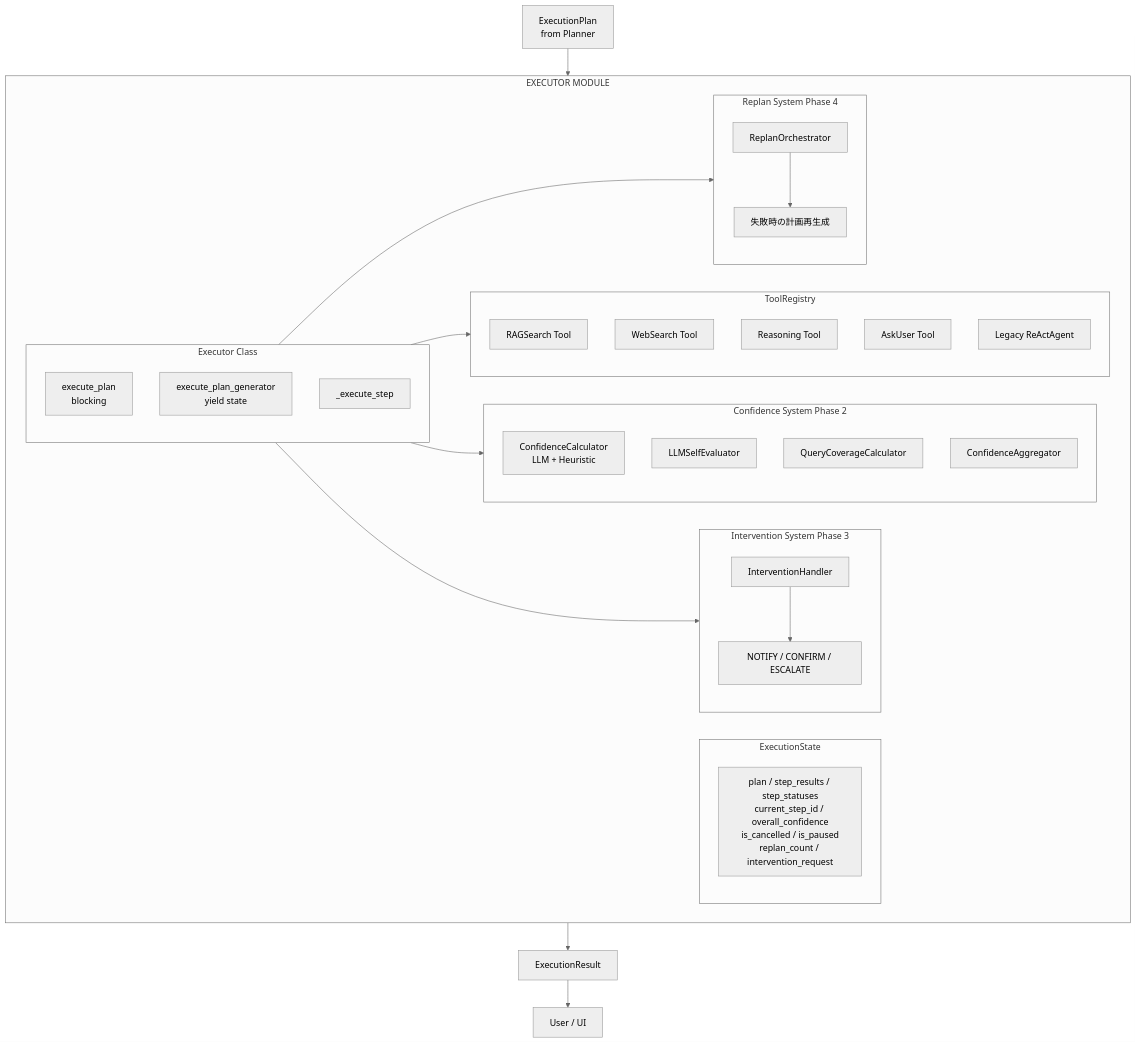
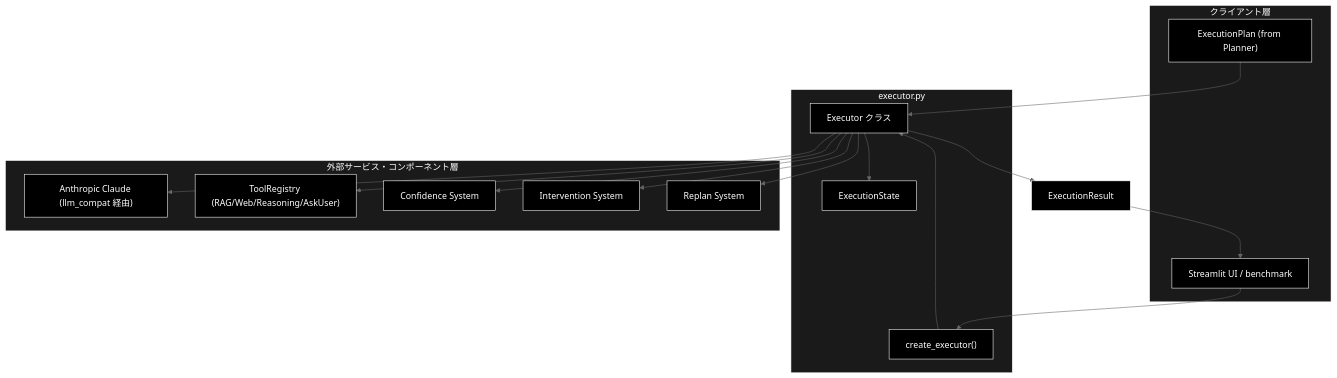
One commit to nakashima2toshio/anthropic_grace_agent_v2 changed the first of 5 diagrams in grace/doc/executor.md. Above: the diagram before and after it, drawn with Mermaid (neutral theme). The commit also changed other lines of this file and 9 other files, not shown here.

````diff
--- a/grace/doc/executor.md
+++ b/grace/doc/executor.md
@@ -98,50 +119,39 @@
 ```mermaid
 flowchart TB
-    PLAN[ExecutionPlan\nfrom Planner] --> EXECUTOR
-
-    subgraph EXECUTOR["EXECUTOR MODULE"]
-        subgraph STATE_BOX["ExecutionState"]
-            STATE["plan / step_results / step_statuses\ncurrent_step_id / overall_confidence\nis_cancelled / is_paused\nreplan_count / intervention_request"]
-        end
-
-        subgraph EXEC_CLASS["Executor Class"]
-            EXEC_PLAN["execute_plan\nblocking"]
-            EXEC_GEN["execute_plan_generator\nyield state"]
-            EXEC_STEP["_execute_step"]
-        end
-
-        subgraph TOOLS["ToolRegistry"]
-            RAG[RAGSearch Tool]
-            WEB[WebSearch Tool]
-            REASON[Reasoning Tool]
-            ASK[AskUser Tool]
-            LEGACY[Legacy ReActAgent]
-        end
-
-        subgraph CONFIDENCE["Confidence System Phase 2"]
-            CONF_CALC[ConfidenceCalculator\nLLM + Heuristic]
-            LLM_EVAL[LLMSelfEvaluator]
-            QC_CALC[QueryCoverageCalculator]
-            CONF_AGG[ConfidenceAggregator]
-        end
-
-        subgraph INTERVENTION["Intervention System Phase 3"]
-            INT_HANDLER[InterventionHandler]
-            INT_LEVELS["NOTIFY / CONFIRM / ESCALATE"]
-        end
-
-        subgraph REPLAN["Replan System Phase 4"]
-            REPLAN_ORCH[ReplanOrchestrator]
-            REPLAN_DESC["失敗時の計画再生成"]
-        end
+    subgraph CLIENT["クライアント層"]
+        PLAN["ExecutionPlan (from Planner)"]
+        UI["Streamlit UI / benchmark"]
     end
 
-    EXEC_CLASS --> TOOLS
-    EXEC_CLASS --> CONFIDENCE
-    EXEC_CLASS --> INTERVENTION
-    EXEC_CLASS --> REPLAN
-    INT_HANDLER --> INT_LEVELS
-    REPLAN_ORCH --> REPLAN_DESC
+    subgraph MODULE["executor.py"]
+        STATE["ExecutionState"]
+        EXEC["Executor クラス"]
+        FACTORY["create_executor()"]
+    end
 
-    EXECUTOR --> RESULT[ExecutionResult] --> USER[User / UI]
+    subgraph EXTERNAL["外部サービス・コンポーネント層"]
+        LLM["Anthropic Claude (llm_compat 経由)"]
+        TOOLS["ToolRegistry (RAG/Web/Reasoning/AskUser)"]
+        CONF["Confidence System"]
+        INTV["Intervention System"]
+        REPLAN["Replan System"]
+    end
+
+    PLAN --> EXEC
+    UI --> FACTORY
+    FACTORY --> EXEC
+    EXEC --> STATE
+    EXEC --> LLM
+    EXEC --> TOOLS
+    EXEC --> CONF
+    EXEC --> INTV
+    EXEC --> REPLAN
+    EXEC --> RESULT["ExecutionResult"]
+    RESULT --> UI
+classDef default fill:#000,stroke:#fff,color:#fff
+classDef subgraphStyle fill:#1a1a1a,stroke:#fff,color:#fff
+class PLAN,UI,STATE,EXEC,FACTORY,LLM,TOOLS,CONF,INTV,REPLAN,RESULT default
+style CLIENT fill:#1a1a1a,stroke:#fff,color:#fff
+style MODULE fill:#1a1a1a,stroke:#fff,color:#fff
+style EXTERNAL fill:#1a1a1a,stroke:#fff,color:#fff
 ```
````
